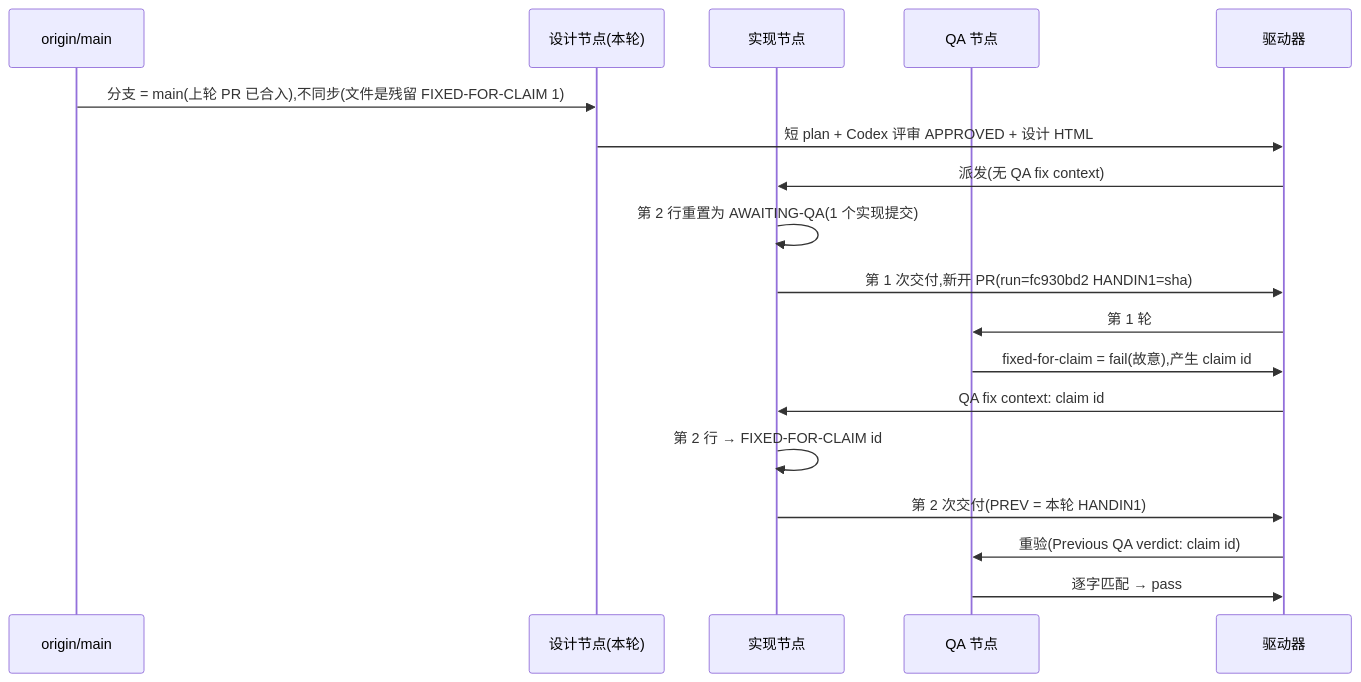
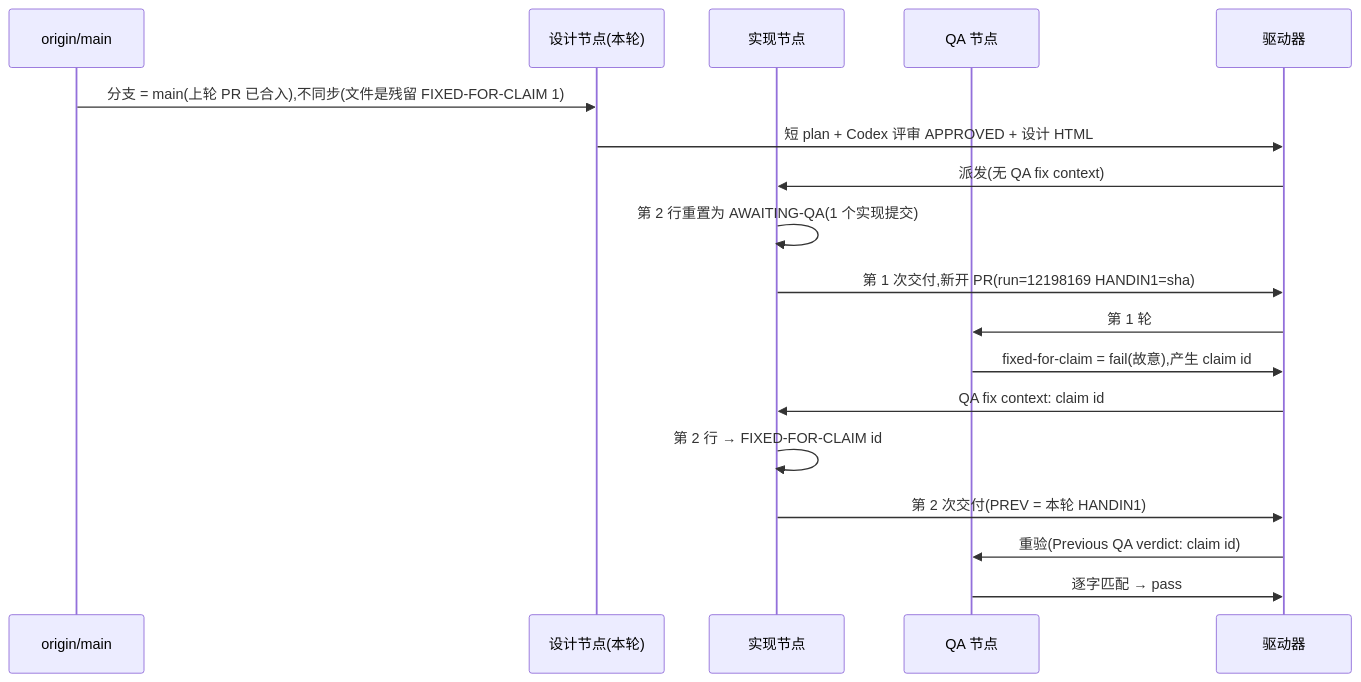
The diagram in engineering/doc/FLY-3150-real-runner-drill/d1-core-flow.mmd (xrliAnnie/flywheel-qa-sandbox), drawn with Mermaid before and after one commit. The commit also changed 4 other files, not shown here.

```diff
--- a/engineering/doc/FLY-3150-real-runner-drill/d1-core-flow.mmd
+++ b/engineering/doc/FLY-3150-real-runner-drill/d1-core-flow.mmd
@@ -1,18 +1,18 @@
 sequenceDiagram
     participant M as origin/main
     participant S as 设计节点(本轮)
     participant I as 实现节点
     participant Q as QA 节点
     participant D as 驱动器
     M->>S: 分支 = main(上轮 PR 已合入),不同步(文件是残留 FIXED-FOR-CLAIM 1)
     S->>D: 短 plan + Codex 评审 APPROVED + 设计 HTML
     D->>I: 派发(无 QA fix context)
     I->>I: 第 2 行重置为 AWAITING-QA(1 个实现提交)
-    I->>D: 第 1 次交付,新开 PR(run=fc930bd2 HANDIN1=sha)
+    I->>D: 第 1 次交付,新开 PR(run=12198169 HANDIN1=sha)
     D->>Q: 第 1 轮
     Q->>D: fixed-for-claim = fail(故意),产生 claim id
     D->>I: QA fix context: claim id
     I->>I: 第 2 行 → FIXED-FOR-CLAIM id
     I->>D: 第 2 次交付(PREV = 本轮 HANDIN1)
     D->>Q: 重验(Previous QA verdict: claim id)
     Q->>D: 逐字匹配 → pass
```
